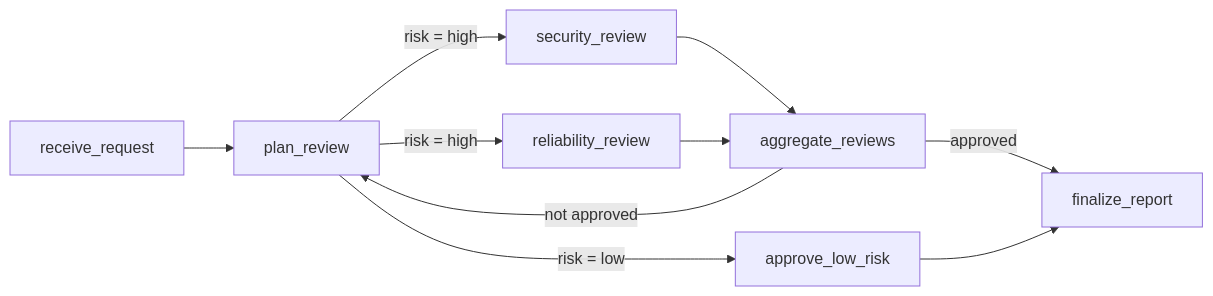
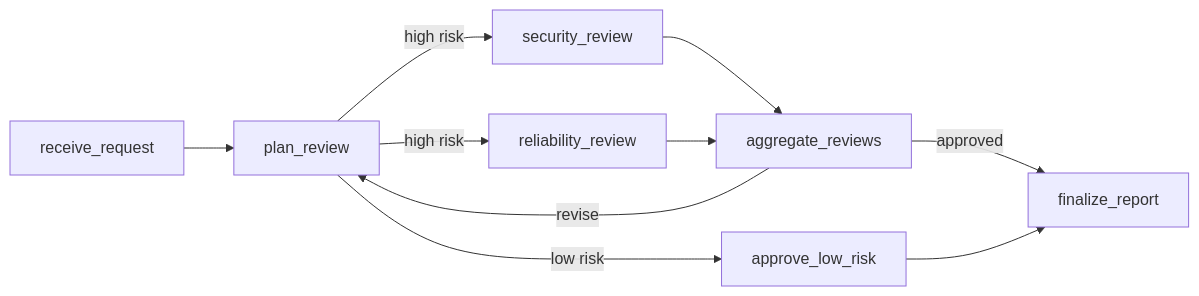
Before and after one commit to lilislight/AutoAgent: the first of 2 diagrams in examples/authoring/README.md, drawn with Mermaid. The commit also changed other lines of this file and 16 other files, not shown here.

````diff
--- a/examples/authoring/README.md
+++ b/examples/authoring/README.md
@@ -41,12 +59,12 @@
 ```mermaid
 flowchart LR
-    input["receive_request"] --> plan["plan_review"]
-    plan -->|"risk = low"| automatic["approve_low_risk"]
-    plan -->|"risk = high"| security["security_review"]
-    plan -->|"risk = high"| reliability["reliability_review"]
+    receive["receive_request"] --> plan["plan_review"]
+    plan -->|"low risk"| automatic["approve_low_risk"]
+    plan -->|"high risk"| security["security_review"]
+    plan -->|"high risk"| reliability["reliability_review"]
     security --> aggregate["aggregate_reviews"]
     reliability --> aggregate
-    aggregate -->|"not approved"| plan
+    aggregate -->|"revise"| plan
     aggregate -->|"approved"| final["finalize_report"]
     automatic --> final
 ```
````
